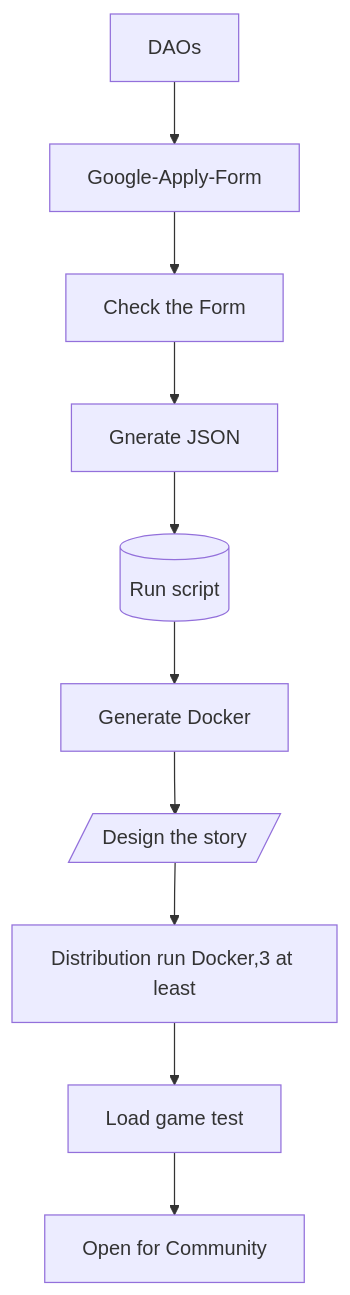
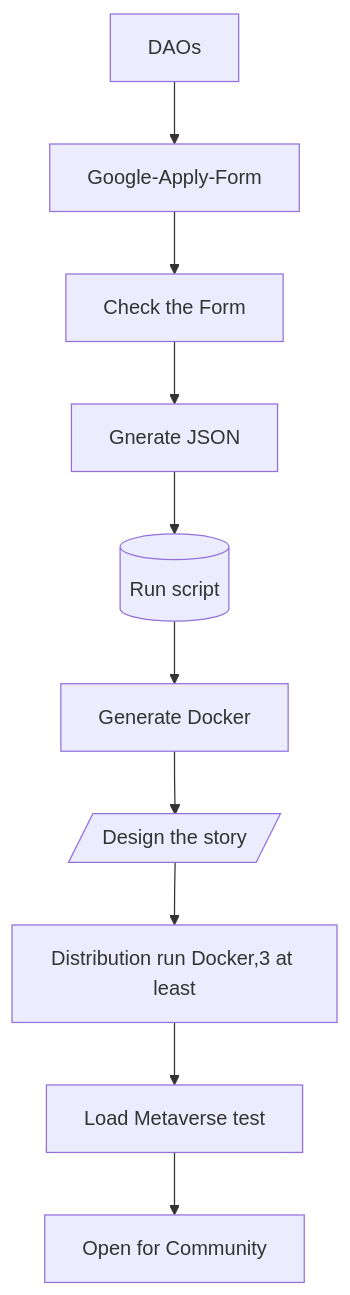
Before and after one commit to twinsant/ethos: the diagram in docs/README.md, drawn with Mermaid. The commit also changed other lines of this file, not shown here.

````diff
--- a/docs/README.md
+++ b/docs/README.md
@@ -68,7 +68,7 @@
 ```mermaid
 flowchart TD 
    DAOs --> B[Google-Apply-Form] --> C[Check the Form] --> D[Gnerate JSON] 
    D --> E[(Run script)] --> F[Generate Docker] --> G[/Design the story/] --> H[Distribution run Docker,3 at least] 
-   H --> I[Load game test] --> J[Open for Community]
+   H --> I[Load Metaverse test] --> J[Open for Community]
 
 ```
````
